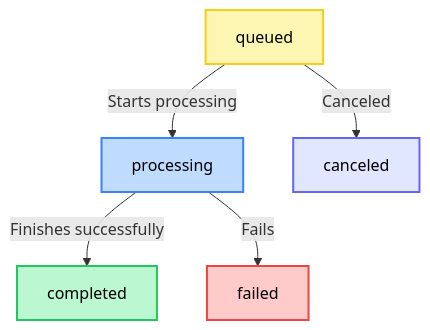
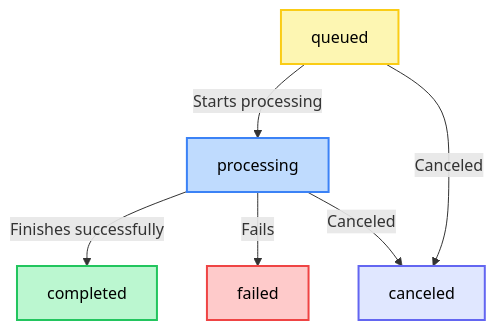
Before and after one commit to welovemedia/ffmate-docs: the diagram in docs/tasks.md, drawn with Mermaid. The commit also changed other lines of this file, not shown here.

````diff
--- a/docs/tasks.md
+++ b/docs/tasks.md
@@ -30,19 +30,20 @@
 ```mermaid
 graph TD;
     queued -->|Starts processing| processing;
     processing -->|Finishes successfully| completed;
     processing -->|Fails| failed;
     queued -->|Canceled| canceled;
+    processing -->|Canceled| canceled;
 
     classDef queued fill:#fdf6b2,stroke:#facc15,stroke-width:2px,color:#000;
     classDef processing fill:#bfdbfe,stroke:#3b82f6,stroke-width:2px,color:#000;
     classDef completed fill:#bbf7d0,stroke:#22c55e,stroke-width:2px,color:#000;
     classDef failed fill:#fecaca,stroke:#ef4444,stroke-width:2px,color:#000;
     classDef canceled fill:#e0e7ff,stroke:#6366f1,stroke-width:2px,color:#000;
 
     class queued queued;
     class processing processing;
     class completed completed;
     class failed failed;
     class canceled canceled;
 ```
````
